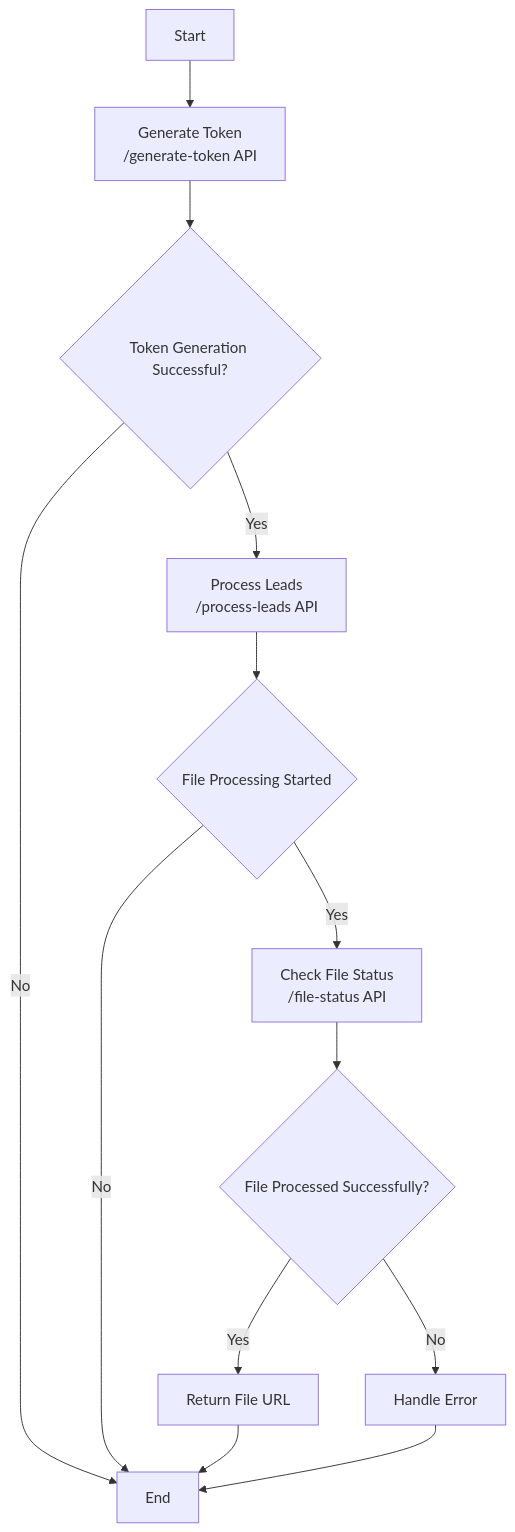
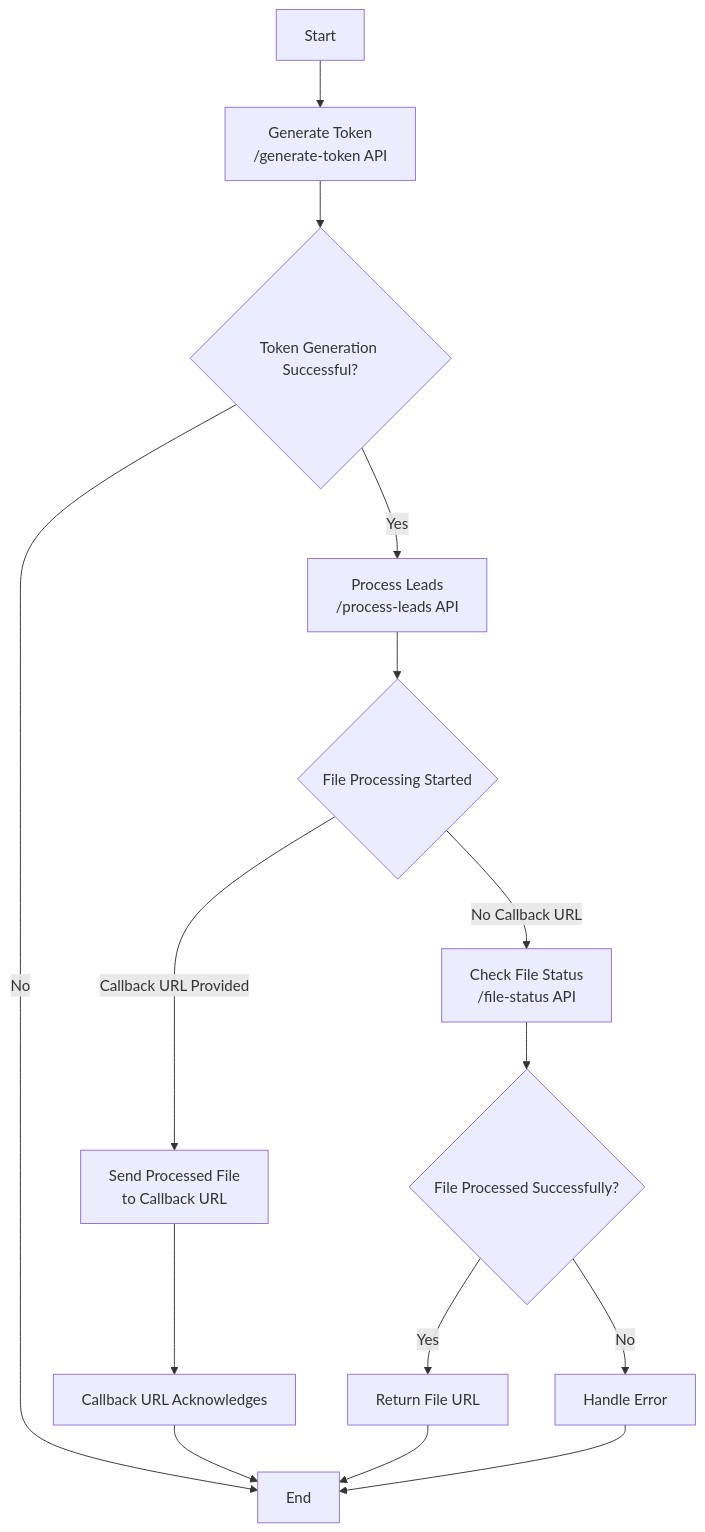
Before and after one commit to reworkedrei/reworked-api-doc: the diagram in api-doc.md, drawn with Mermaid. The commit also changed other lines of this file, not shown here.

````diff
--- a/api-doc.md
+++ b/api-doc.md
@@ -326,15 +326,19 @@
 ```mermaid
 flowchart TD
     A[Start] --> B[Generate Token \n /generate-token API]
     B --> C{Token Generation Successful?}
     C -->|Yes| D[Process Leads \n /process-leads API]
     C -->|No| Z[End]
     D --> E{File Processing Started}
-    E -->|Yes| F[Check File Status \n /file-status API]
-    E -->|No| Z
+    
+    E -->|Callback URL Provided| X[Send Processed File \n to Callback URL]
+    X --> Y[Callback URL Acknowledges]
+    Y --> Z[End]
+    
+    E -->|No Callback URL| F[Check File Status \n /file-status API]
     F --> G{File Processed Successfully?}
     G -->|Yes| H[Return File URL]
     G -->|No| I[Handle Error]
     H --> Z
     I --> Z[End]
 ```
````
